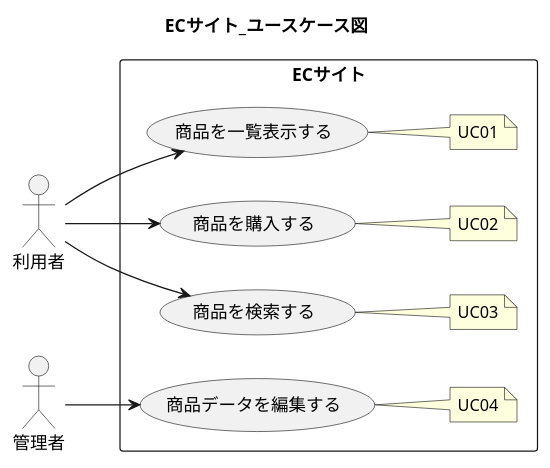
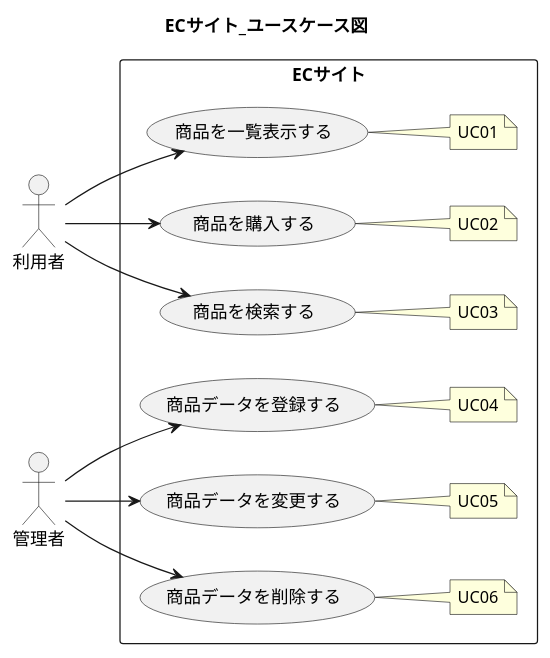
The diagram in UseCase/UseCase_Diagram.puml (wnakayama/ojt_ecsite), drawn with PlantUML before and after one commit. The commit also changed 3 other files, not shown here.

```diff
--- a/UseCase/UseCase_Diagram.puml
+++ b/UseCase/UseCase_Diagram.puml
@@ -1,39 +1,51 @@
 @startuml
 
 title ECサイト_ユースケース図
 :利用者: as user
 :管理者: as admin
 
 rectangle ECサイト {
 
     (商品を一覧表示する) as (showProduct)
     (商品を購入する) as (buyProduct)
     (商品を検索する) as (searchProduct)
-    (商品データを編集する) as (editProductData)
+    (商品データを登録する) as (createProductData)
+    (商品データを変更する) as (updateProductData)
+    (商品データを削除する) as (deleteProductData)
 
     left to right direction
     user --> showProduct
     user --> buyProduct
     user --> searchProduct
-    admin --> editProductData
+    admin --> createProductData
+    admin --> updateProductData
+    admin --> deleteProductData
 
 
     note right of showProduct
     UC01
     end note
 
     note right of buyProduct
     UC02
     end note
 
     
     note right of searchProduct
     UC03
     end note
 
-    note right of editProductData
+    note right of createProductData
     UC04
+    end note
+
+    note right of updateProductData
+    UC05
+    end note
+    
+    note right of deleteProductData
+    UC06
     end note
 
 }
 @enduml
```
